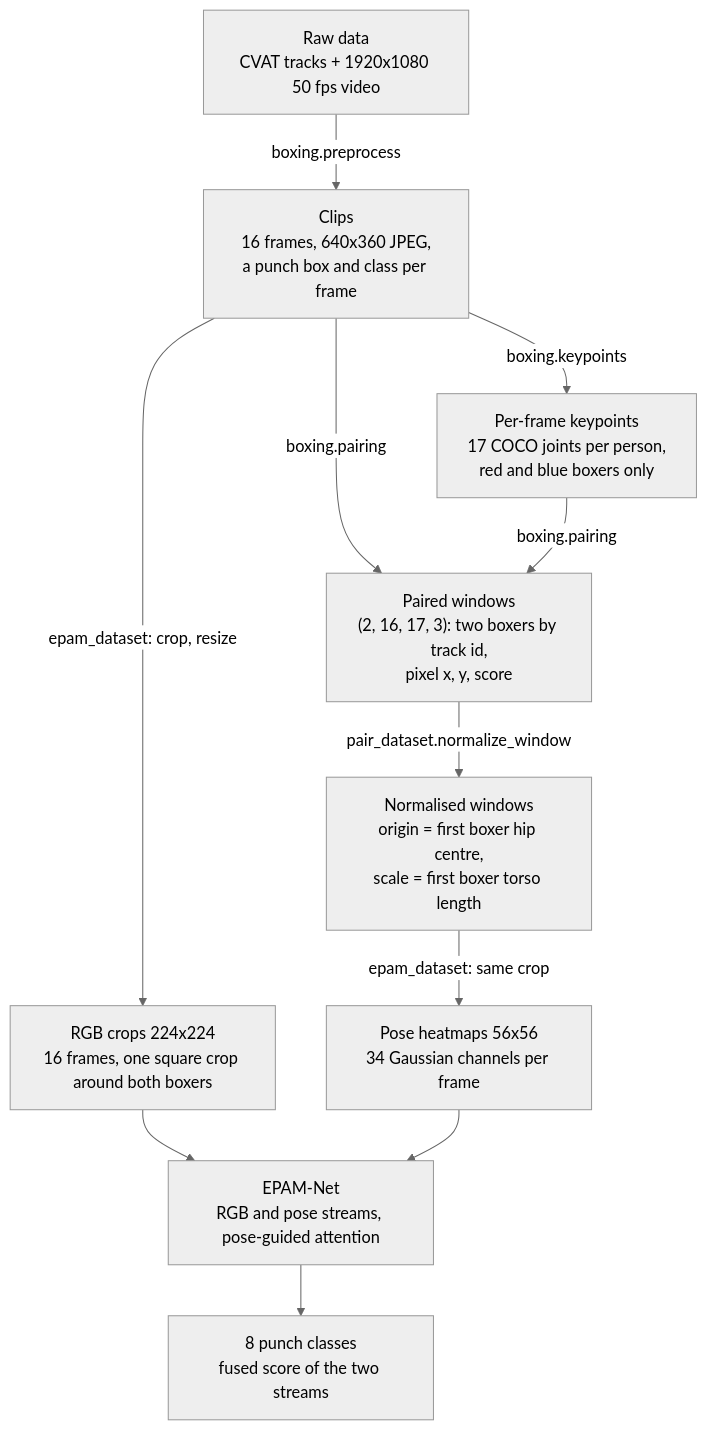
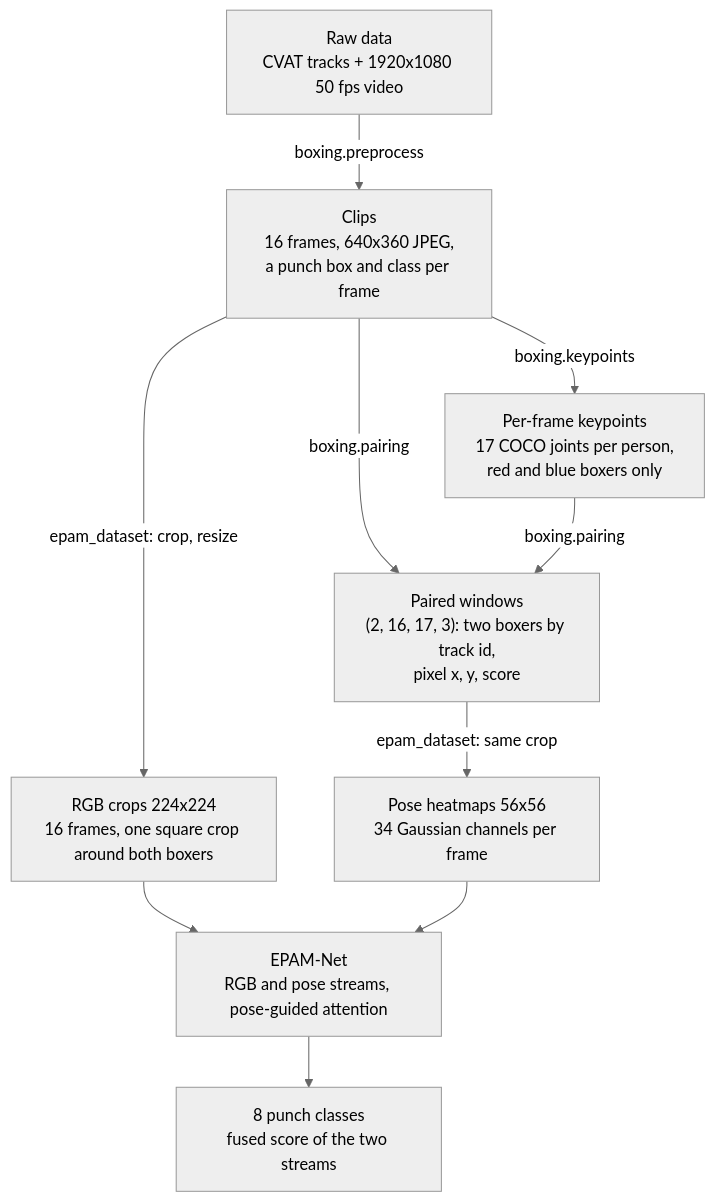
Before and after one commit to jmanuelc87/boxing: the diagram in README.md, drawn with Mermaid (neutral theme). The commit also changed 5 other files, not shown here.

First line of the commit message:
Move pair_dataset helpers into epam_dataset and delete pair_dataset

````diff
--- a/README.md
+++ b/README.md
@@ -11,23 +11,21 @@
 ```mermaid
 flowchart TB
     raw["Raw data<br/>CVAT tracks + 1920x1080 50 fps video"]
     clips["Clips<br/>16 frames, 640x360 JPEG,<br/>a punch box and class per frame"]
     kp["Per-frame keypoints<br/>17 COCO joints per person,<br/>red and blue boxers only"]
     pairs["Paired windows<br/>(2, 16, 17, 3): two boxers by track id,<br/>pixel x, y, score"]
-    norm["Normalised windows<br/>origin = first boxer hip centre,<br/>scale = first boxer torso length"]
     crops["RGB crops 224x224<br/>16 frames, one square crop around both boxers"]
     heat["Pose heatmaps 56x56<br/>34 Gaussian channels per frame"]
     model["EPAM-Net<br/>RGB and pose streams, pose-guided attention"]
     out["8 punch classes<br/>fused score of the two streams"]
 
     raw -->|"boxing.preprocess"| clips
     clips -->|"boxing.keypoints"| kp
     clips -->|"boxing.pairing"| pairs
     kp -->|"boxing.pairing"| pairs
-    pairs -->|"pair_dataset.normalize_window"| norm
     clips -->|"epam_dataset: crop, resize"| crops
-    norm -->|"epam_dataset: same crop"| heat
+    pairs -->|"epam_dataset: same crop"| heat
     crops --> model
     heat --> model
     model --> out
 ```
````
